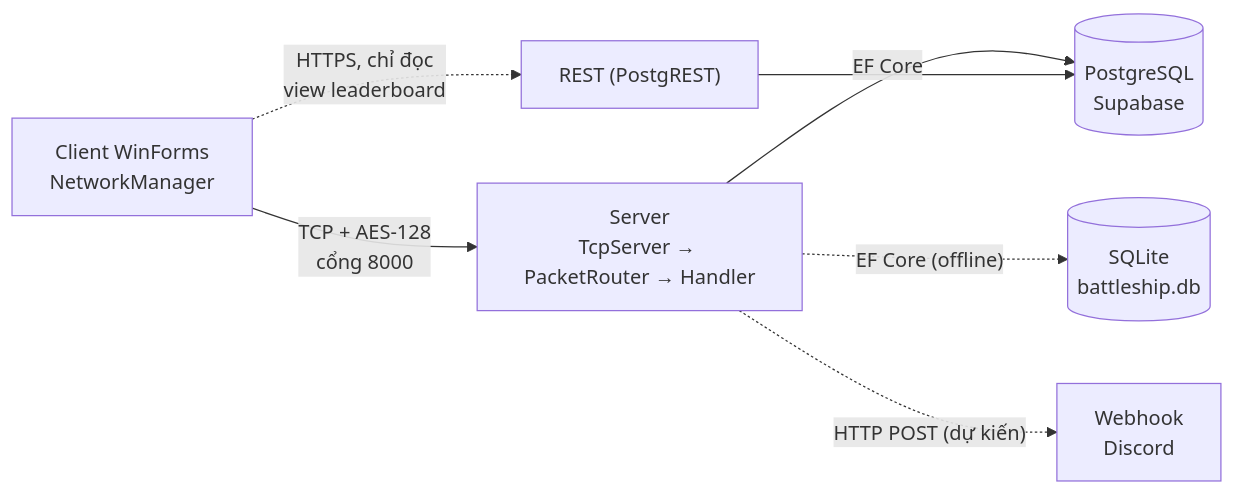
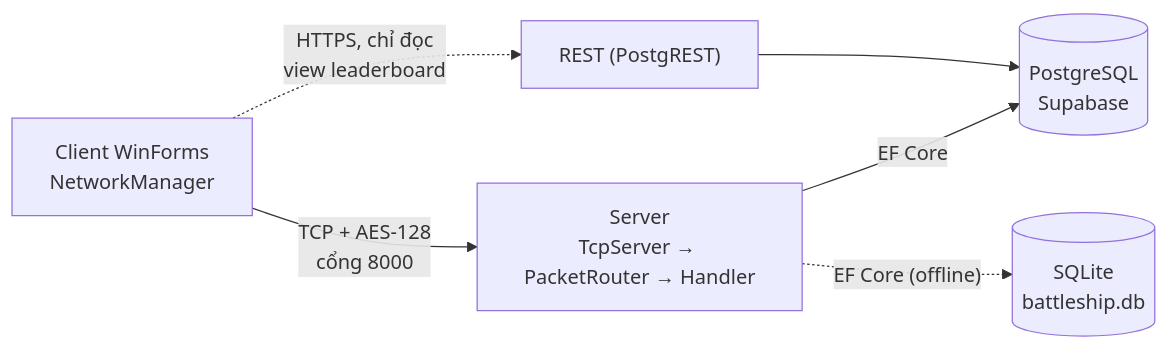
The first of 2 diagrams in README.md (h2okisme57/NT106_Proj), drawn with Mermaid before and after one commit. The commit also changed other lines of this file and 8 other files, not shown here.

Commit message:
Doi tinh nang dac biet sang toi uu hieu nang, bo viec du trong timeline

````diff
--- a/README.md
+++ b/README.md
@@ -13,9 +13,8 @@
 ```mermaid
 flowchart LR
     C["Client WinForms<br/>NetworkManager"] -- "TCP + AES-128<br/>cổng 8000" --> S["Server<br/>TcpServer → PacketRouter → Handler"]
     S -- "EF Core" --> DB[("PostgreSQL<br/>Supabase")]
     S -. "EF Core (offline)" .-> LT[("SQLite<br/>battleship.db")]
     C -. "HTTPS, chỉ đọc<br/>view leaderboard" .-> R["REST (PostgREST)"]
     R --> DB
-    S -. "HTTP POST (dự kiến)" .-> W["Webhook<br/>Discord"]
 ```
````
